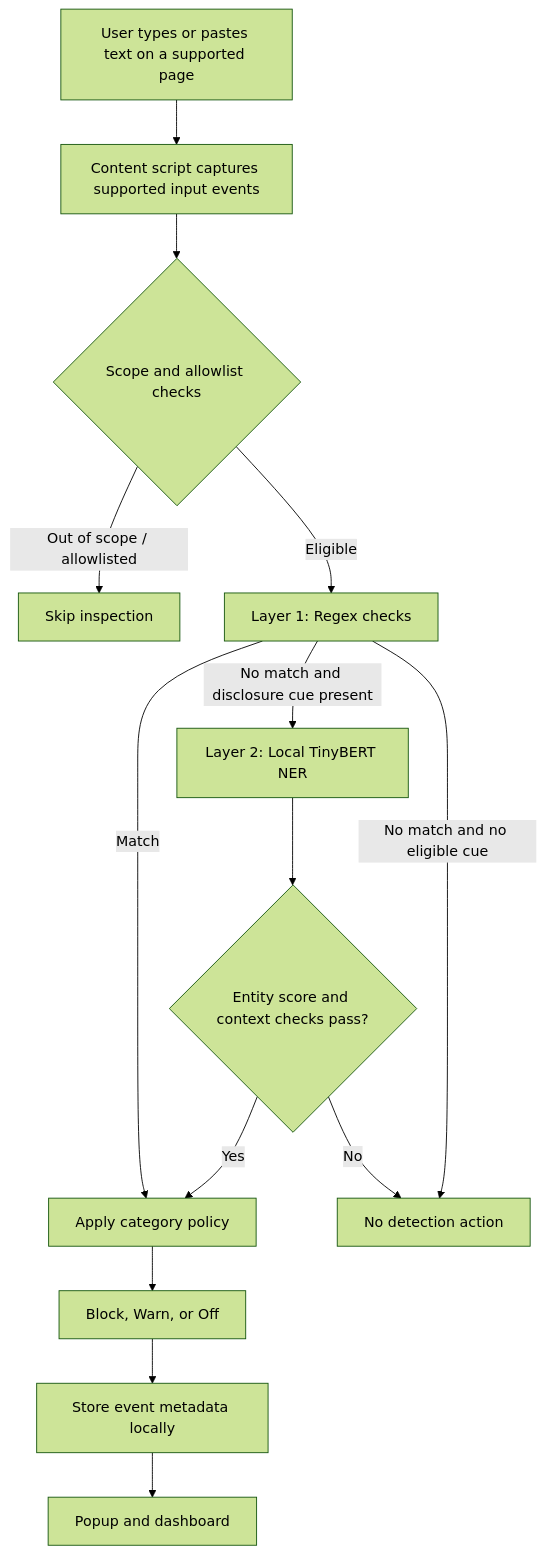
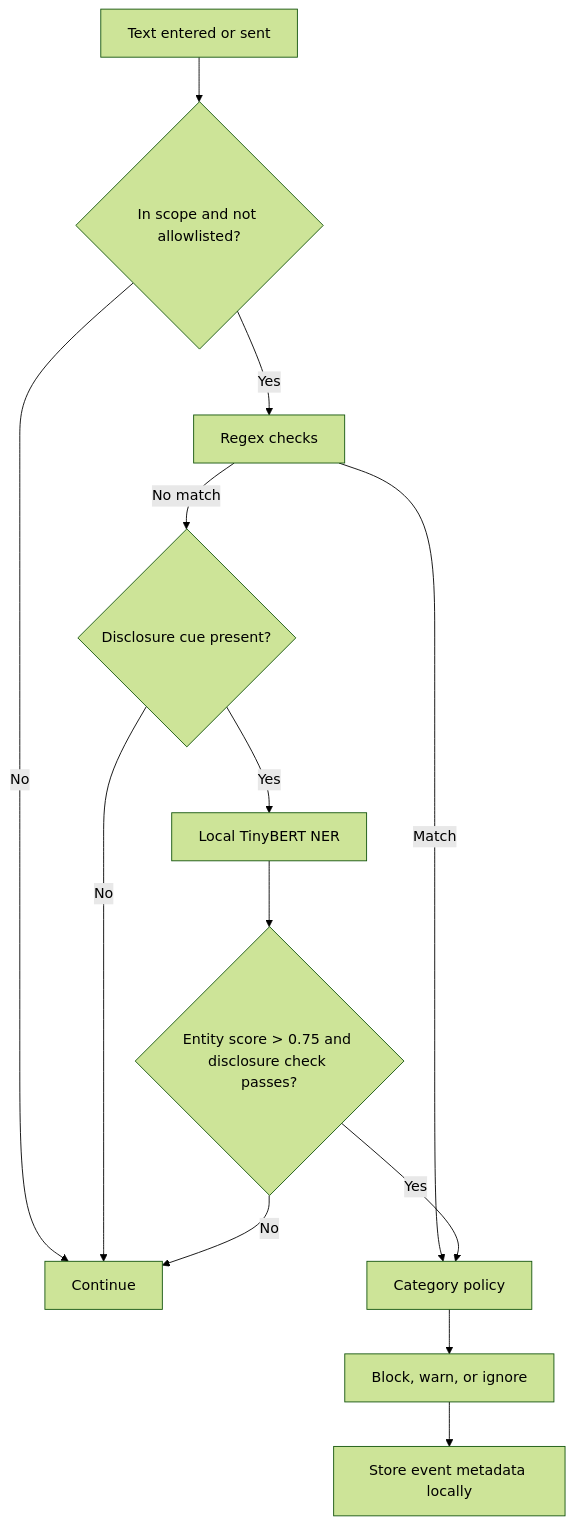
Before and after one commit to RevHeadGuy/LLM_DATA_LEAKAGE_MONITOR: the diagram in README.md, drawn with Mermaid (forest theme). The commit also changed other lines of this file, not shown here.

````diff
--- a/README.md
+++ b/README.md
@@ -18,16 +48,15 @@
 ```mermaid
 flowchart TD
-    A[User types or pastes text on a supported page] --> B[Content script captures supported input events]
-    B --> C{Scope and allowlist checks}
-    C -->|Out of scope / allowlisted| Z[Skip inspection]
-    C -->|Eligible| D[Layer 1: Regex checks]
-    D -->|Match| E[Apply category policy]
-    D -->|No match and disclosure cue present| F[Layer 2: Local TinyBERT NER]
-    D -->|No match and no eligible cue| G[No detection action]
-    F --> H{Entity score and context checks pass?}
-    H -->|Yes| E
-    H -->|No| G
-    E --> I[Block, Warn, or Off]
-    I --> J[Store event metadata locally]
-    J --> K[Popup and dashboard]
+    A[Text entered or sent] --> B{In scope and not allowlisted?}
+    B -- No --> Z[Continue]
+    B -- Yes --> C[Regex checks]
+    C -- Match --> D[Category policy]
+    C -- No match --> E{Disclosure cue present?}
+    E -- No --> Z
+    E -- Yes --> F[Local TinyBERT NER]
+    F --> G{Entity score > 0.75 and disclosure check passes?}
+    G -- No --> Z
+    G -- Yes --> D
+    D --> H[Block, warn, or ignore]
+    H --> I[Store event metadata locally]
 ```
````
